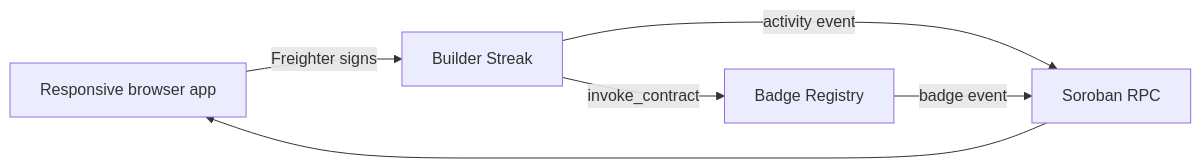
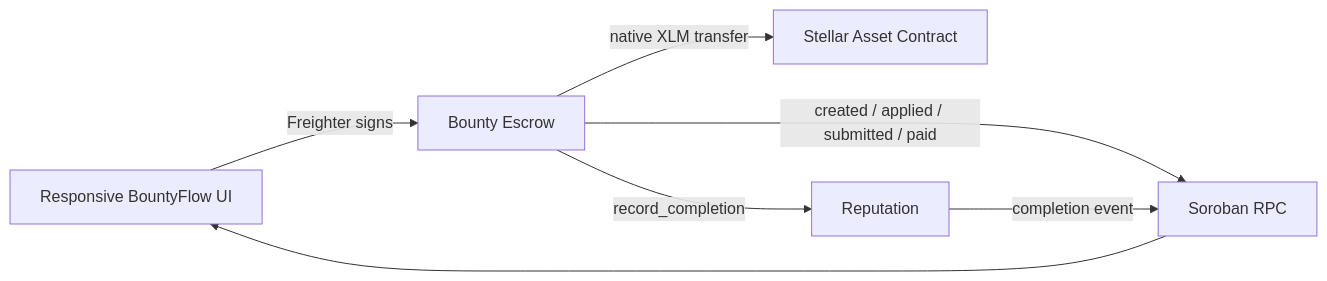
The diagram in README.md (Hexdee/bountyflow), drawn with Mermaid before and after one commit. The commit also changed other lines of this file and 2 other files, not shown here.

````diff
--- a/README.md
+++ b/README.md
@@ -7,8 +7,9 @@
 ```mermaid
 flowchart LR
-  UI[Responsive browser app] -->|Freighter signs| S[Builder Streak]
-  S -->|invoke_contract| R[Badge Registry]
-  S -->|activity event| RPC[Soroban RPC]
-  R -->|badge event| RPC
+  UI[Responsive BountyFlow UI] -->|Freighter signs| E[Bounty Escrow]
+  E -->|native XLM transfer| SAC[Stellar Asset Contract]
+  E -->|record_completion| R[Reputation]
+  E -->|created / applied / submitted / paid| RPC[Soroban RPC]
+  R -->|completion event| RPC
   RPC --> UI
 ```
````
